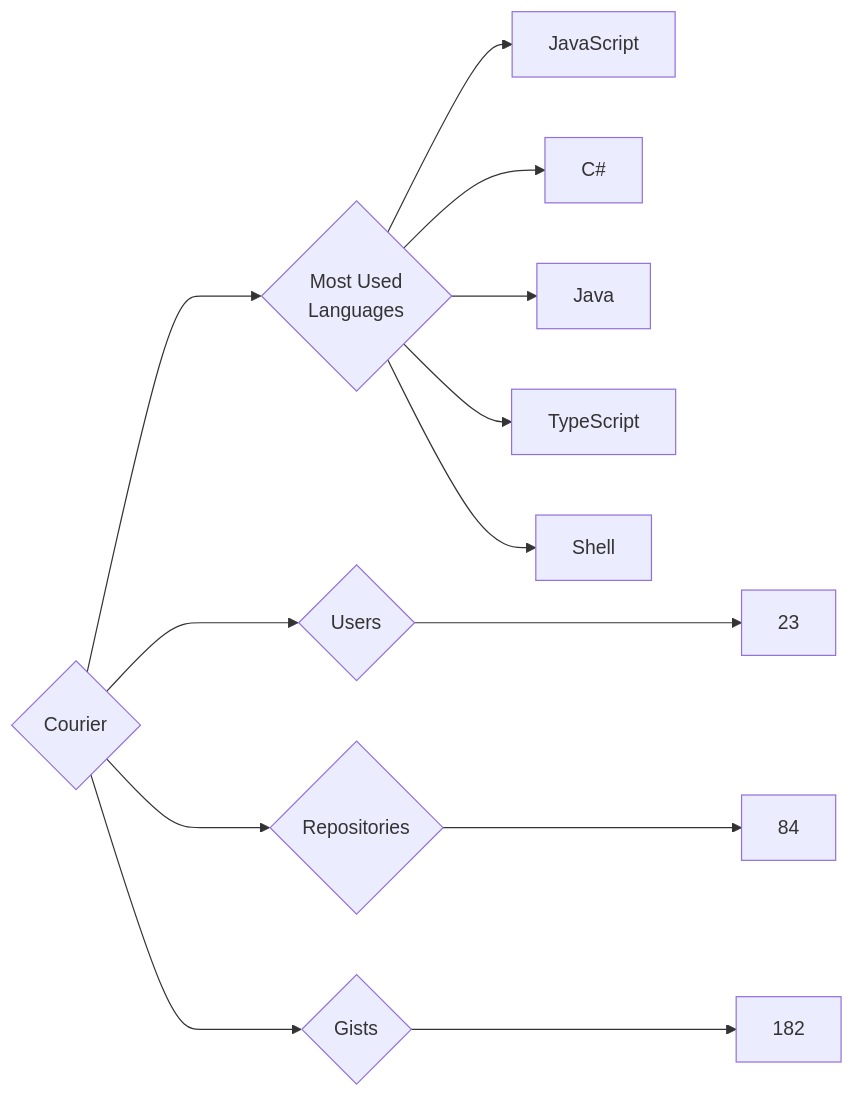
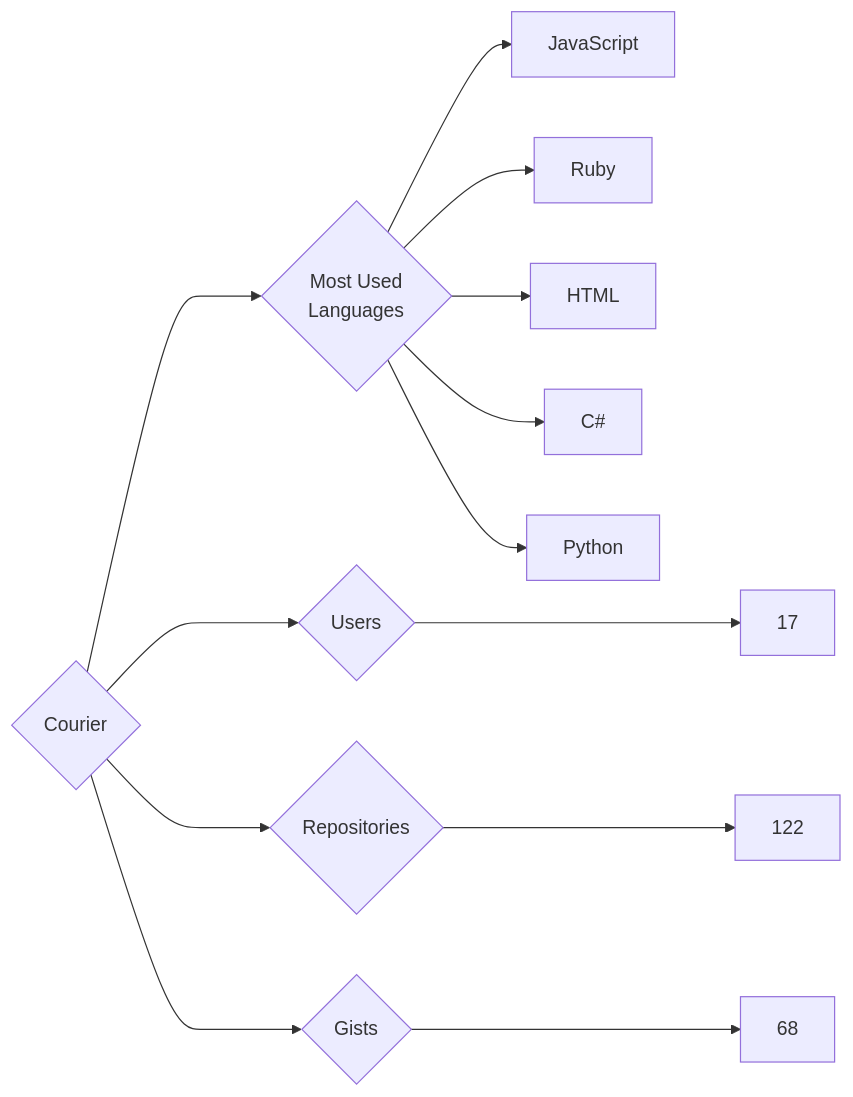
Before and after one commit to trickest/insiders: the diagram in targets/Courier/README.md, drawn with Mermaid. The commit also changed 924 other files, not shown here.

````diff
--- a/targets/Courier/README.md
+++ b/targets/Courier/README.md
@@ -3,13 +3,13 @@
 ```mermaid
 graph LR
 COMPANY_NAME{Courier}
-COMPANY_NAME ---> U{Users} ---> UN[23]
-COMPANY_NAME ---> R{Repositories} ---> RN[84]
-COMPANY_NAME ---> G{Gists} ---> GN[182]
+COMPANY_NAME ---> U{Users} ---> UN[17]
+COMPANY_NAME ---> R{Repositories} ---> RN[122]
+COMPANY_NAME ---> G{Gists} ---> GN[68]
 COMPANY_NAME ---> ML{Most Used<br>Languages}
 ML --> JavaScript[JavaScript]
+ML --> Ruby[Ruby]
+ML --> HTML[HTML]
 ML --> C#[C#]
-ML --> Java[Java]
-ML --> TypeScript[TypeScript]
-ML --> Shell[Shell]
+ML --> Python[Python]
 ```
````
